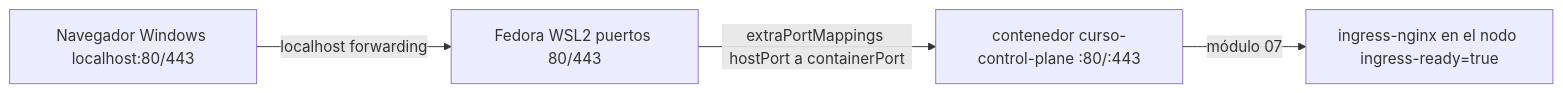
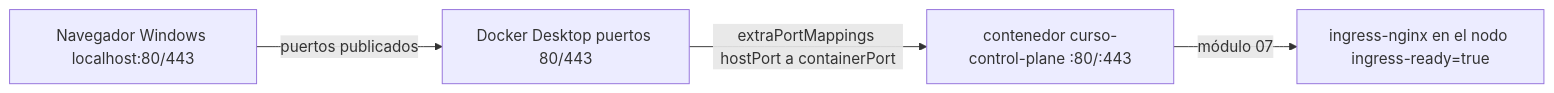
The third of 4 diagrams in 01-cluster-kind/README.md (devbryan02/k8s-curso-practico), drawn with Mermaid before and after one commit. The commit also changed other lines of this file and 17 other files, not shown here.

````diff
--- a/01-cluster-kind/README.md
+++ b/01-cluster-kind/README.md
@@ -84,6 +85,6 @@
 ```mermaid
 flowchart LR
-    NAV["Navegador Windows localhost:80/443"] -- "localhost forwarding" --> HOST["Fedora WSL2 puertos 80/443"]
+    NAV["Navegador Windows localhost:80/443"] -- "puertos publicados" --> HOST["Docker Desktop puertos 80/443"]
     HOST -- "extraPortMappings hostPort a containerPort" --> NODE["contenedor curso-control-plane :80/:443"]
     NODE -- "módulo 07" --> ING["ingress-nginx en el nodo ingress-ready=true"]
 ```
````
